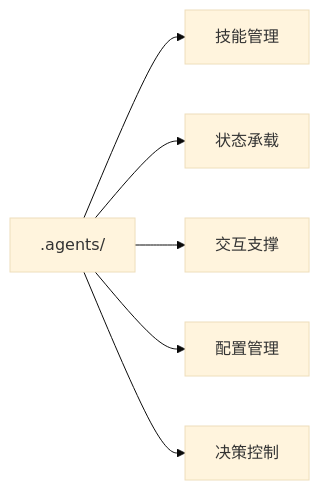
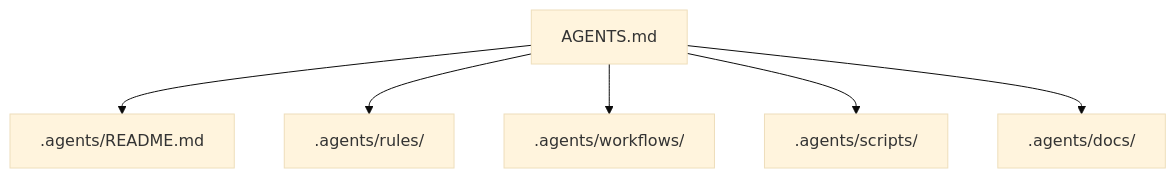
One commit to xinetzone/tao changed the second of 3 diagrams in AGENTS.md. Above: the diagram before and after it, drawn with Mermaid (base theme). The commit also changed other lines of this file and 7 other files, not shown here.

````diff
--- a/AGENTS.md
+++ b/AGENTS.md
@@ -84,8 +30,8 @@
 ```mermaid
-flowchart LR
-    A[".agents/"] --> B["技能管理"]
-    A --> C["状态承载"]
-    A --> D["交互支撑"]
-    A --> E["配置管理"]
-    A --> F["决策控制"]
+flowchart TD
+    A["AGENTS.md"] --> B[".agents/README.md"]
+    A --> C[".agents/rules/"]
+    A --> D[".agents/workflows/"]
+    A --> E[".agents/scripts/"]
+    A --> F[".agents/docs/"]
 ```
````
